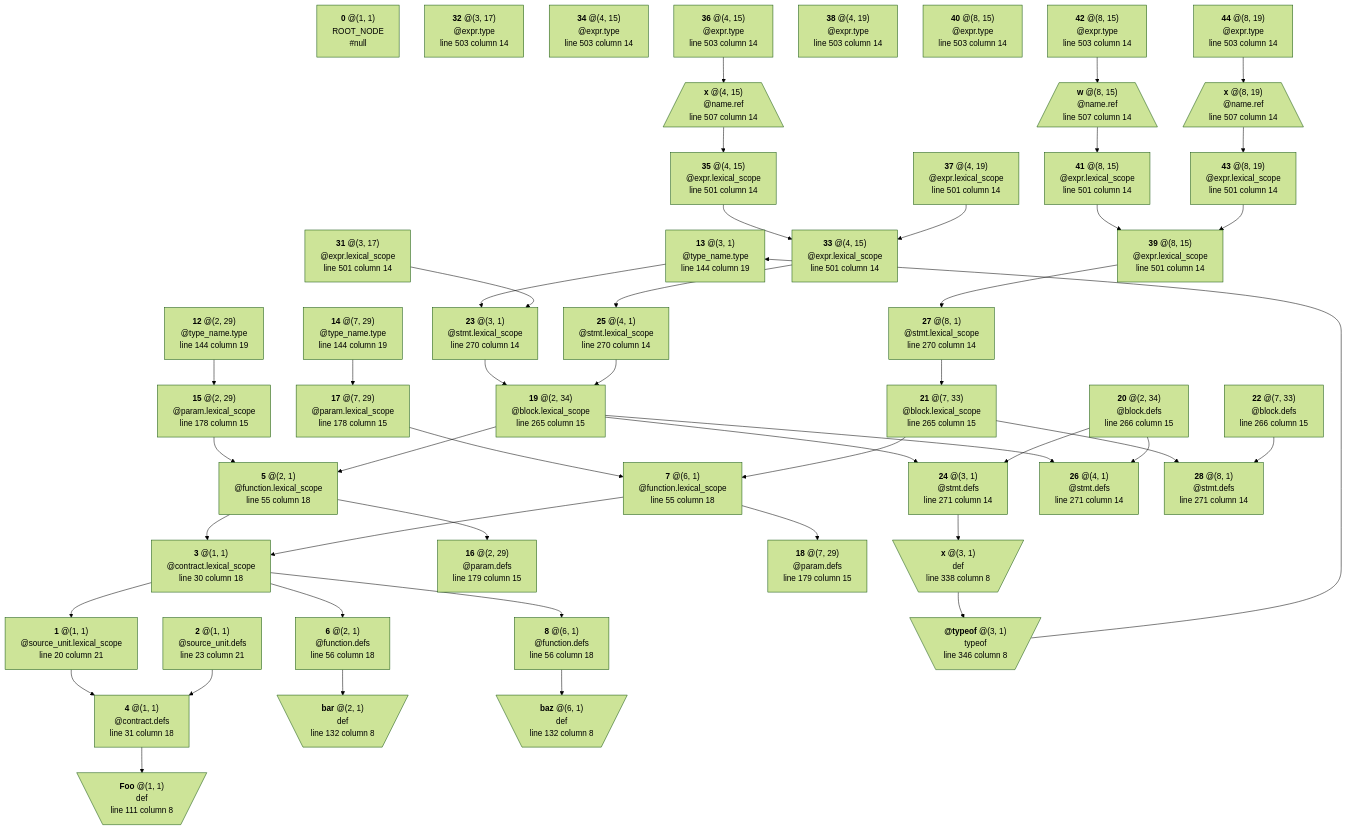
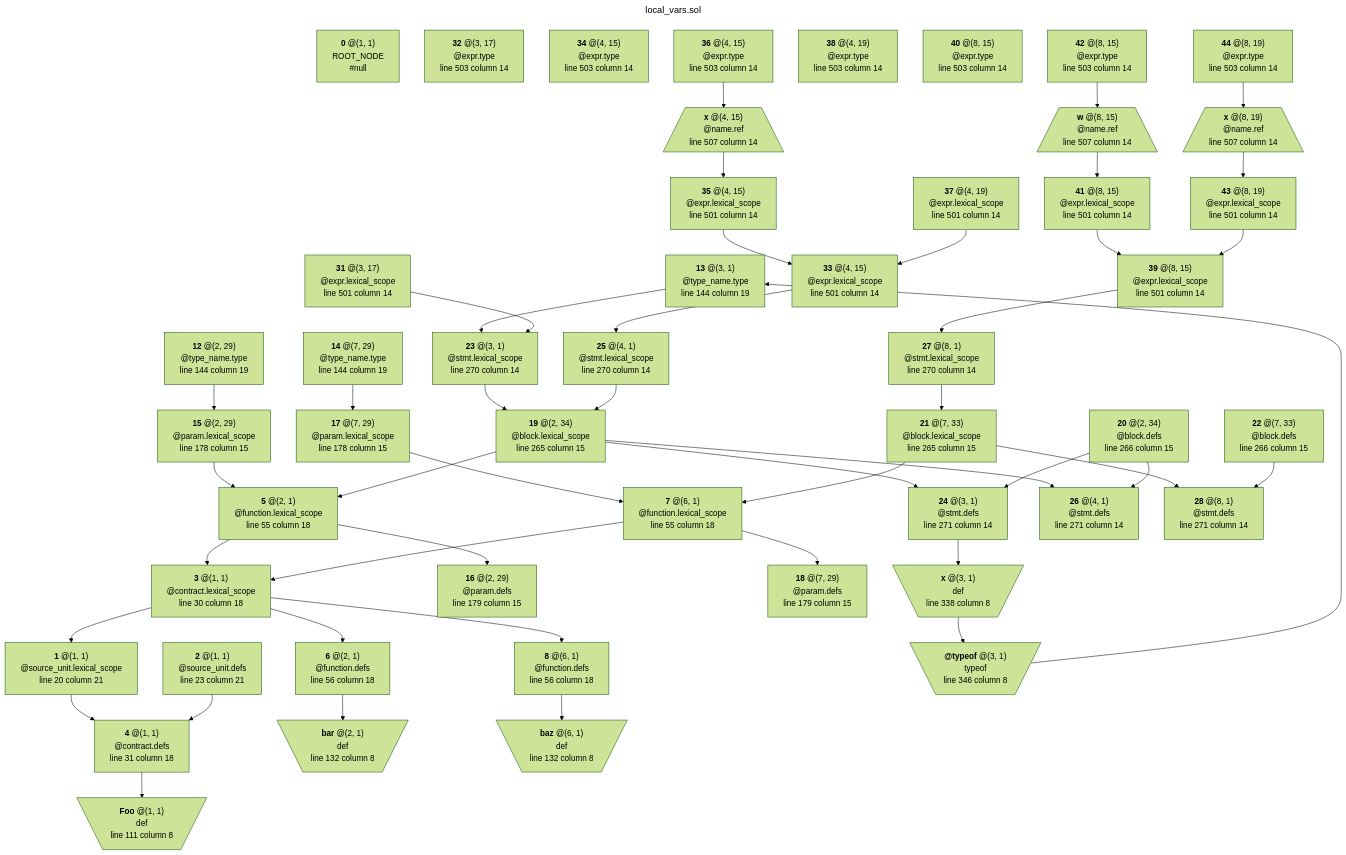
Before and after one commit to manastech/slang: the diagram in crates/solidity/testing/snapshots/bindings_output/lexical/generated/local_vars.sol-0.4.11.mmd, drawn with Mermaid (forest theme). The commit also changed 25 other files, not shown here.

```diff
--- a/crates/solidity/testing/snapshots/bindings_output/lexical/generated/local_vars.sol-0.4.11.mmd
+++ b/crates/solidity/testing/snapshots/bindings_output/lexical/generated/local_vars.sol-0.4.11.mmd
@@ -1,189 +1,192 @@
+---
+title: local_vars.sol
+---
 graph TD
 	N0["`**0** @(1, 1)
 ROOT_NODE
 #null`"]
 	N1["`**1** @(1, 1)
 @source_unit.lexical_scope
 line 20 column 21`"]
 	N1 --> N4
 	N2["`**2** @(1, 1)
 @source_unit.defs
 line 23 column 21`"]
 	N2 --> N4
 	N3["`**3** @(1, 1)
 @contract.lexical_scope
 line 30 column 18`"]
 	N3 --> N1
 	N3 --> N6
 	N3 --> N8
 	N4["`**4** @(1, 1)
 @contract.defs
 line 31 column 18`"]
 	N4 --> N9
 	N5["`**5** @(2, 1)
 @function.lexical_scope
 line 55 column 18`"]
 	N5 --> N3
 	N5 --> N16
 	N6["`**6** @(2, 1)
 @function.defs
 line 56 column 18`"]
 	N6 --> N10
 	N7["`**7** @(6, 1)
 @function.lexical_scope
 line 55 column 18`"]
 	N7 --> N3
 	N7 --> N18
 	N8["`**8** @(6, 1)
 @function.defs
 line 56 column 18`"]
 	N8 --> N11
 	N9[\"`**Foo** @(1, 1)
 def
 line 111 column 8`"/]
 	N10[\"`**bar** @(2, 1)
 def
 line 132 column 8`"/]
 	N11[\"`**baz** @(6, 1)
 def
 line 132 column 8`"/]
 	N12["`**12** @(2, 29)
 @type_name.type
 line 144 column 19`"]
 	N12 --> N15
 	N13["`**13** @(3, 1)
 @type_name.type
 line 144 column 19`"]
 	N13 --> N23
 	N14["`**14** @(7, 29)
 @type_name.type
 line 144 column 19`"]
 	N14 --> N17
 	N15["`**15** @(2, 29)
 @param.lexical_scope
 line 178 column 15`"]
 	N15 --> N5
 	N16["`**16** @(2, 29)
 @param.defs
 line 179 column 15`"]
 	N17["`**17** @(7, 29)
 @param.lexical_scope
 line 178 column 15`"]
 	N17 --> N7
 	N18["`**18** @(7, 29)
 @param.defs
 line 179 column 15`"]
 	N19["`**19** @(2, 34)
 @block.lexical_scope
 line 265 column 15`"]
 	N19 --> N5
 	N19 --> N24
 	N19 --> N26
 	N20["`**20** @(2, 34)
 @block.defs
 line 266 column 15`"]
 	N20 --> N24
 	N20 --> N26
 	N21["`**21** @(7, 33)
 @block.lexical_scope
 line 265 column 15`"]
 	N21 --> N7
 	N21 --> N28
 	N22["`**22** @(7, 33)
 @block.defs
 line 266 column 15`"]
 	N22 --> N28
 	N23["`**23** @(3, 1)
 @stmt.lexical_scope
 line 270 column 14`"]
 	N23 --> N19
 	N24["`**24** @(3, 1)
 @stmt.defs
 line 271 column 14`"]
 	N24 --> N29
 	N25["`**25** @(4, 1)
 @stmt.lexical_scope
 line 270 column 14`"]
 	N25 --> N19
 	N26["`**26** @(4, 1)
 @stmt.defs
 line 271 column 14`"]
 	N27["`**27** @(8, 1)
 @stmt.lexical_scope
 line 270 column 14`"]
 	N27 --> N21
 	N28["`**28** @(8, 1)
 @stmt.defs
 line 271 column 14`"]
 	N29[\"`**x** @(3, 1)
 def
 line 338 column 8`"/]
 	N29 --> N30
 	N30[\"`**@typeof** @(3, 1)
 typeof
 line 346 column 8`"/]
 	N30 --> N13
 	N31["`**31** @(3, 17)
 @expr.lexical_scope
 line 501 column 14`"]
 	N31 --> N23
 	N32["`**32** @(3, 17)
 @expr.type
 line 503 column 14`"]
 	N33["`**33** @(4, 15)
 @expr.lexical_scope
 line 501 column 14`"]
 	N33 --> N25
 	N34["`**34** @(4, 15)
 @expr.type
 line 503 column 14`"]
 	N35["`**35** @(4, 15)
 @expr.lexical_scope
 line 501 column 14`"]
 	N35 --> N33
 	N36["`**36** @(4, 15)
 @expr.type
 line 503 column 14`"]
 	N36 --> N45
 	N37["`**37** @(4, 19)
 @expr.lexical_scope
 line 501 column 14`"]
 	N37 --> N33
 	N38["`**38** @(4, 19)
 @expr.type
 line 503 column 14`"]
 	N39["`**39** @(8, 15)
 @expr.lexical_scope
 line 501 column 14`"]
 	N39 --> N27
 	N40["`**40** @(8, 15)
 @expr.type
 line 503 column 14`"]
 	N41["`**41** @(8, 15)
 @expr.lexical_scope
 line 501 column 14`"]
 	N41 --> N39
 	N42["`**42** @(8, 15)
 @expr.type
 line 503 column 14`"]
 	N42 --> N46
 	N43["`**43** @(8, 19)
 @expr.lexical_scope
 line 501 column 14`"]
 	N43 --> N39
 	N44["`**44** @(8, 19)
 @expr.type
 line 503 column 14`"]
 	N44 --> N47
 	N45[/"`**x** @(4, 15)
 @name.ref
 line 507 column 14`"\]
 	N45 --> N35
 	N46[/"`**w** @(8, 15)
 @name.ref
 line 507 column 14`"\]
 	N46 --> N41
 	N47[/"`**x** @(8, 19)
 @name.ref
 line 507 column 14`"\]
 	N47 --> N43
```
